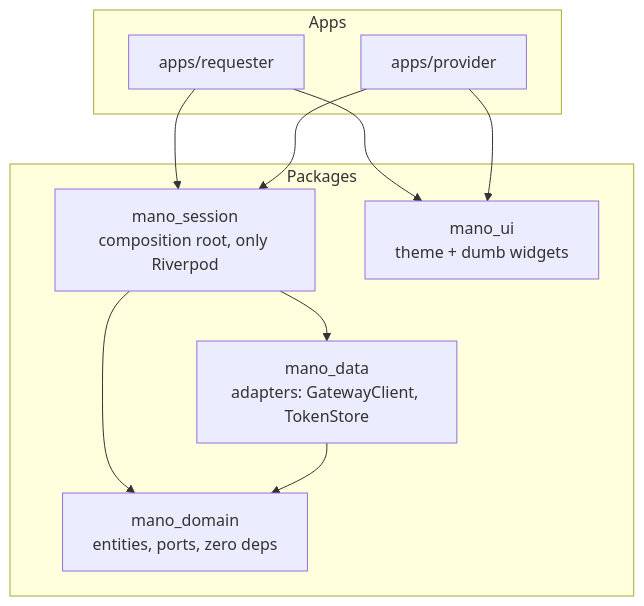
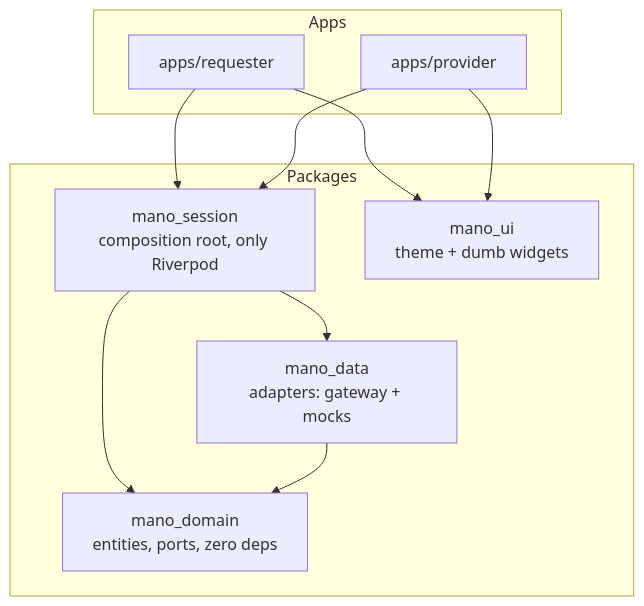
One commit to manoinc/mano-mobile changed the diagram in README.md. Above: the diagram before and after it, drawn with Mermaid. The commit also changed other lines of this file and 93 other files, not shown here.

````diff
--- a/README.md
+++ b/README.md
@@ -17,20 +17,20 @@
 ```mermaid
 flowchart TD
     subgraph Apps
         requester[apps/requester]
         provider[apps/provider]
     end
     subgraph Packages
         session[mano_session<br/>composition root, only Riverpod]
-        data[mano_data<br/>adapters: GatewayClient, TokenStore]
+        data[mano_data<br/>adapters: gateway + mocks]
         ui[mano_ui<br/>theme + dumb widgets]
         domain[mano_domain<br/>entities, ports, zero deps]
     end
     requester --> session
     requester --> ui
     provider --> session
     provider --> ui
     session --> data
     session --> domain
     data --> domain
 ```
````
